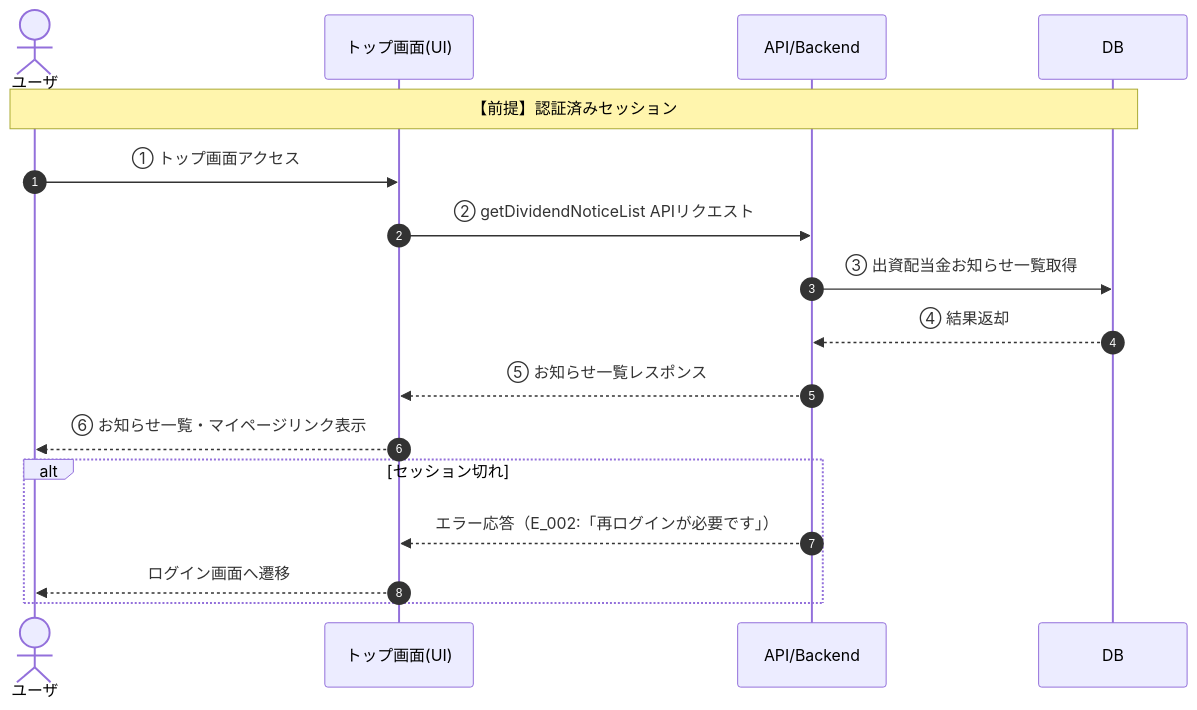
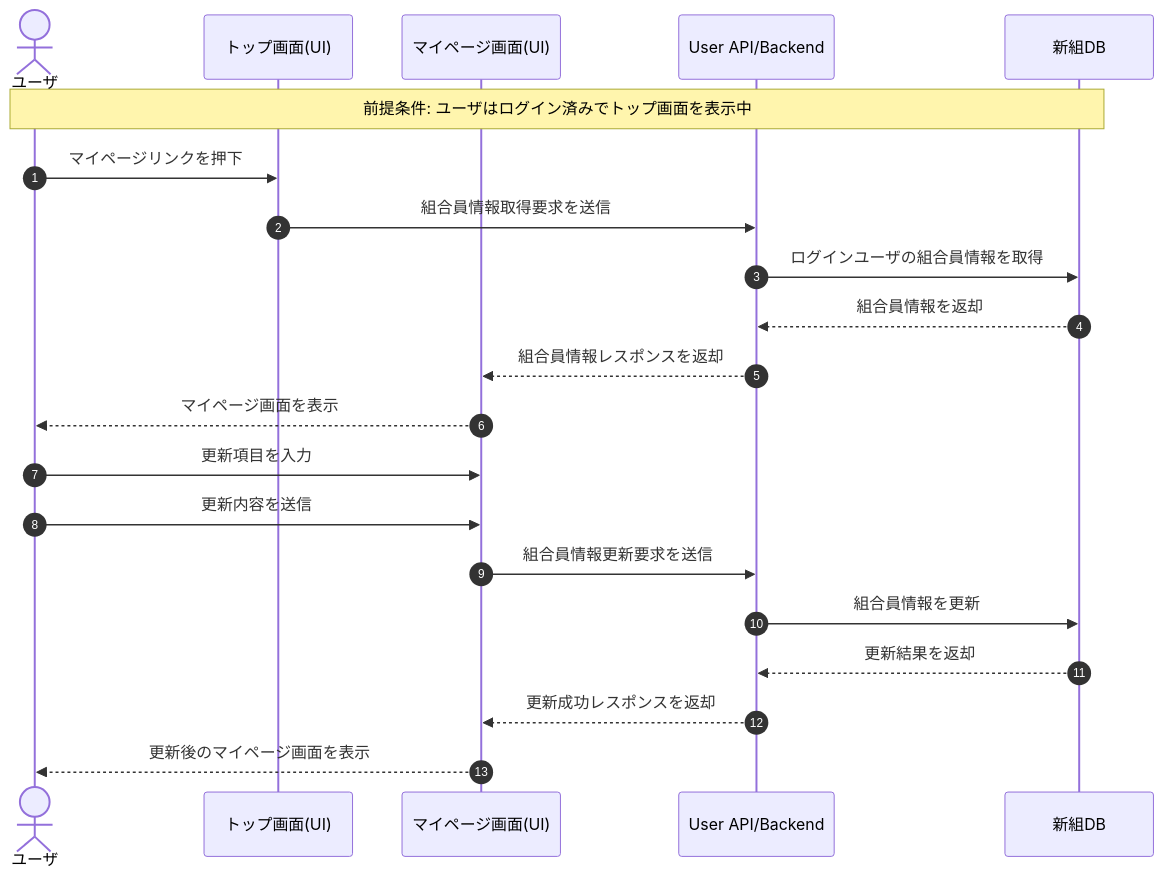
The second of 4 diagrams in docs/ED/product/sequence_diagram.md (shimizuk-nttdatatohoku/genai_in_business), drawn with Mermaid before and after one commit. The commit also changed other lines of this file, not shown here.

````diff
--- a/docs/ED/product/sequence_diagram.md
+++ b/docs/ED/product/sequence_diagram.md
@@ -39,22 +33,25 @@
 ```mermaid
 sequenceDiagram
     autonumber
     actor User as ユーザ
-    participant UI as トップ画面(UI)
-    participant API as API/Backend
-    participant DB as DB
+    participant TopUI as トップ画面(UI)
+    participant MyPageUI as マイページ画面(UI)
+    participant API as User API/Backend
+    participant DB as 新組DB
 
-    Note over User,DB: 【前提】認証済みセッション
+    Note over User,DB: 前提条件: ユーザはログイン済みでトップ画面を表示中
 
-    User->>UI: ① トップ画面アクセス
-    UI->>API: ② getDividendNoticeList APIリクエスト
-    API->>DB: ③ 出資配当金お知らせ一覧取得
-    DB-->>API: ④ 結果返却
-    API-->>UI: ⑤ お知らせ一覧レスポンス
-    UI-->>User: ⑥ お知らせ一覧・マイページリンク表示
-
-    alt セッション切れ
-        API-->>UI: エラー応答（E_002:「再ログインが必要です」）
-        UI-->>User: ログイン画面へ遷移
-    end
+    User->>TopUI: マイページリンクを押下
+    TopUI->>API: 組合員情報取得要求を送信
+    API->>DB: ログインユーザの組合員情報を取得
+    DB-->>API: 組合員情報を返却
+    API-->>MyPageUI: 組合員情報レスポンスを返却
+    MyPageUI-->>User: マイページ画面を表示
+    User->>MyPageUI: 更新項目を入力
+    User->>MyPageUI: 更新内容を送信
+    MyPageUI->>API: 組合員情報更新要求を送信
+    API->>DB: 組合員情報を更新
+    DB-->>API: 更新結果を返却
+    API-->>MyPageUI: 更新成功レスポンスを返却
+    MyPageUI-->>User: 更新後のマイページ画面を表示
 ```
````
